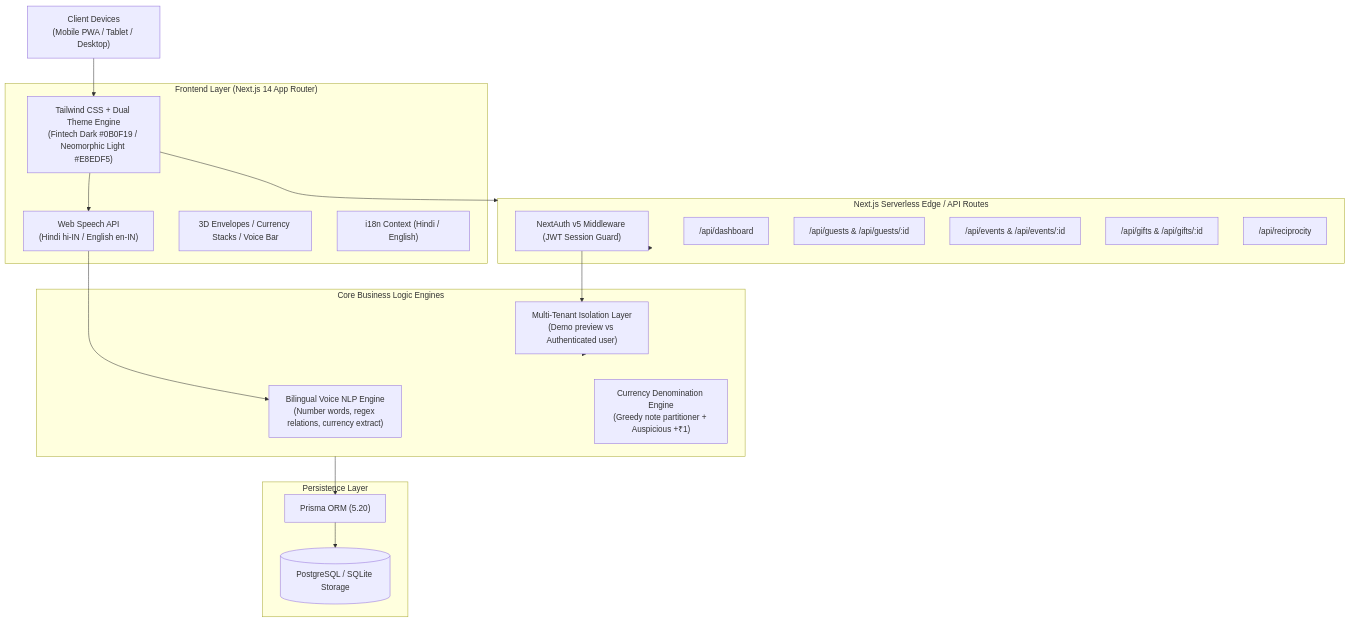
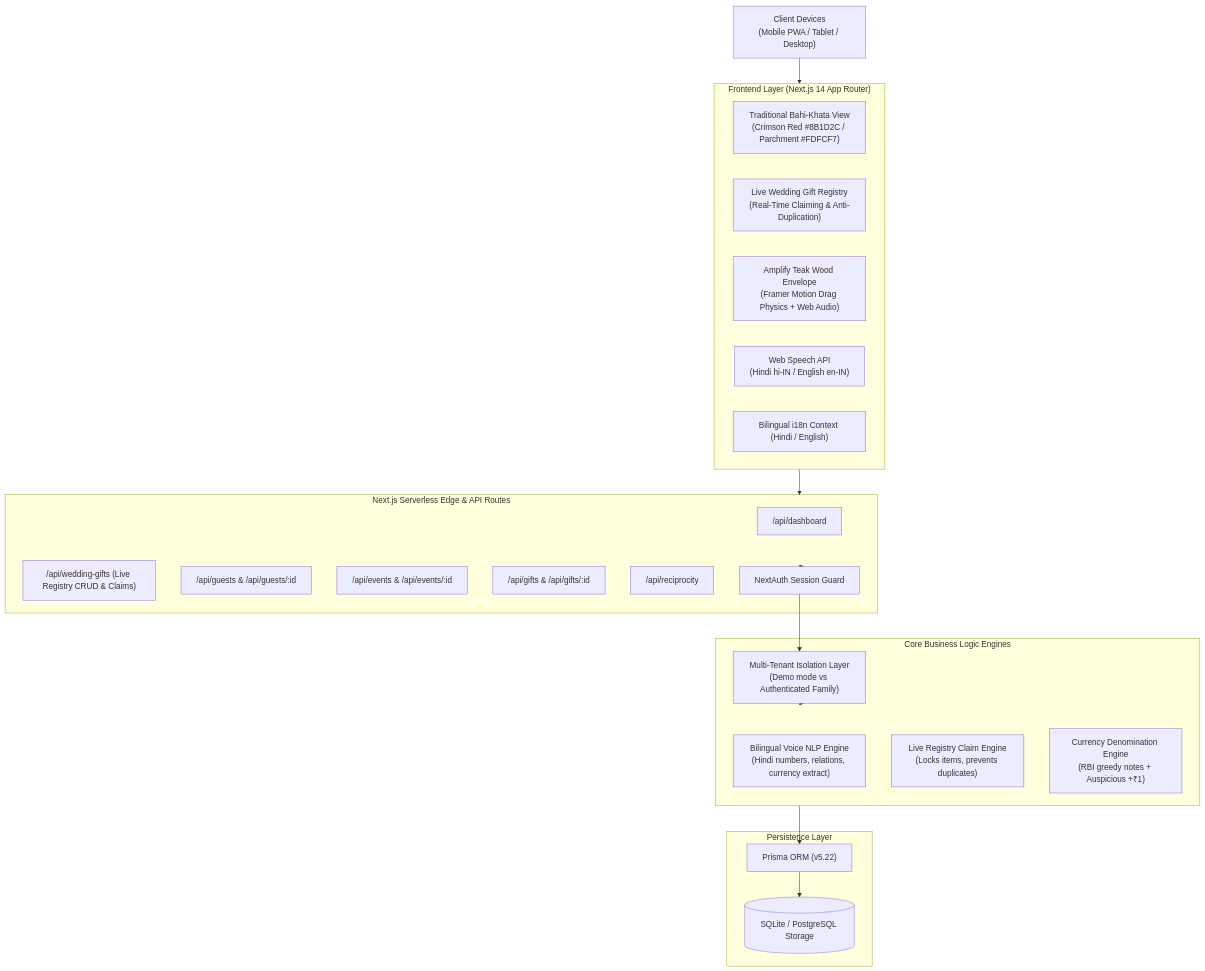
Before and after one commit to raviattrash-pro/shagun-tracker: the first of 3 diagrams in README.md, drawn with Mermaid. The commit also changed other lines of this file and 26 other files, not shown here.

Commit message:
feat: traditional bahi-khata dashboard with live wedding gift registry, amplify teak wood envelope, and comprehensive HLD/LLD documentation

````diff
--- a/README.md
+++ b/README.md
@@ -38,41 +51,42 @@
 ```mermaid
 graph TD
     Client["Client Devices<br/>(Mobile PWA / Tablet / Desktop)"]
     
     subgraph Frontend["Frontend Layer (Next.js 14 App Router)"]
-        UI["Tailwind CSS + Dual Theme Engine<br/>(Fintech Dark #0B0F19 / Neomorphic Light #E8EDF5)"]
+        BahiKhata["Traditional Bahi-Khata View<br/>(Crimson Red #8B1D2C / Parchment #FDFCF7)"]
+        LiveRegistry["Live Wedding Gift Registry<br/>(Real-Time Claiming & Anti-Duplication)"]
+        AmplifyEnvelope["Amplify Teak Wood Envelope<br/>(Framer Motion Drag Physics + Web Audio)"]
         VoiceEngine["Web Speech API<br/>(Hindi hi-IN / English en-IN)"]
-        Components["3D Envelopes / Currency Stacks / Voice Bar"]
-        I18n["i18n Context (Hindi / English)"]
+        I18n["Bilingual i18n Context (Hindi / English)"]
     end
     
-    subgraph APIRoutes["Next.js Serverless Edge / API Routes"]
-        AuthMiddleware["NextAuth v5 Middleware (JWT Session Guard)"]
+    subgraph APIRoutes["Next.js Serverless Edge & API Routes"]
         APIDashboard["/api/dashboard"]
+        APIWeddingGifts["/api/wedding-gifts (Live Registry CRUD & Claims)"]
         APIGuests["/api/guests & /api/guests/:id"]
         APIEvents["/api/events & /api/events/:id"]
         APIGifts["/api/gifts & /api/gifts/:id"]
         APIReciprocity["/api/reciprocity"]
+        AuthMiddleware["NextAuth Session Guard"]
     end
     
     subgraph CoreEngines["Core Business Logic Engines"]
-        NLPParser["Bilingual Voice NLP Engine<br/>(Number words, regex relations, currency extract)"]
-        DenominationCalc["Currency Denomination Engine<br/>(Greedy note partitioner + Auspicious +₹1)"]
-        MultiTenant["Multi-Tenant Isolation Layer<br/>(Demo preview vs Authenticated user)"]
+        NLPParser["Bilingual Voice NLP Engine<br/>(Hindi numbers, relations, currency extract)"]
+        RegistrySync["Live Registry Claim Engine<br/>(Locks items, prevents duplicates)"]
+        DenominationCalc["Currency Denomination Engine<br/>(RBI greedy notes + Auspicious +₹1)"]
+        MultiTenant["Multi-Tenant Isolation Layer<br/>(Demo mode vs Authenticated Family)"]
     end
     
     subgraph Database["Persistence Layer"]
-        PrismaClient["Prisma ORM (5.20)"]
-        DB[(PostgreSQL / SQLite Storage)]
+        PrismaClient["Prisma ORM (v5.22)"]
+        DB[(SQLite / PostgreSQL Storage)]
     end
 
-    Client --> UI
-    UI --> VoiceEngine
-    VoiceEngine --> NLPParser
-    UI --> APIRoutes
+    Client --> Frontend
+    Frontend --> APIRoutes
     APIRoutes --> AuthMiddleware
     AuthMiddleware --> MultiTenant
     MultiTenant --> CoreEngines
     CoreEngines --> PrismaClient
     PrismaClient --> DB
 ```
````
